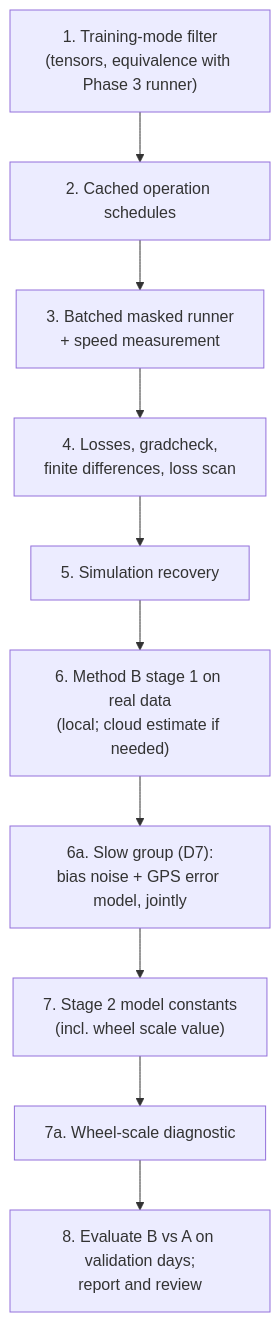
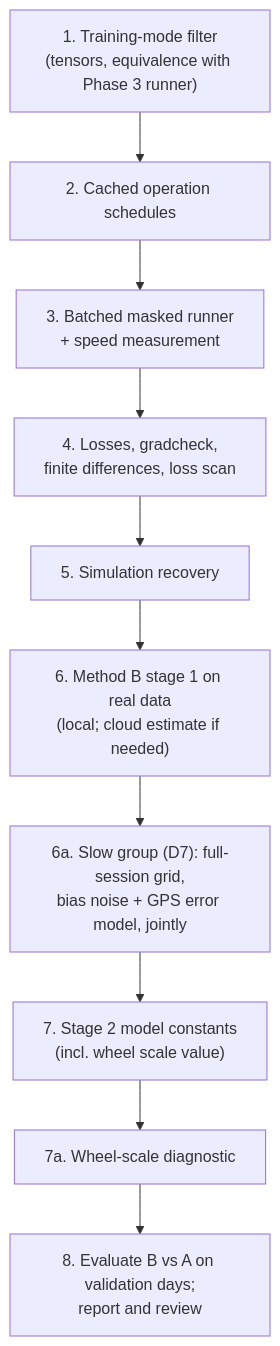
Before and after one commit to JustMohsen/learning-assisted-state-estimation: the diagram in plans/PHASE_4_TRAINING.md, drawn with Mermaid. The commit also changed other lines of this file, not shown here.

Commit message:
Phase 4 plan: D7 agreed (slow parameters via full-session grid); starting grid

````diff
--- a/plans/PHASE_4_TRAINING.md
+++ b/plans/PHASE_4_TRAINING.md
@@ -152,12 +163,12 @@
 ```mermaid
 flowchart TD
     W1["1. Training-mode filter<br/>(tensors, equivalence with Phase 3 runner)"] --> W2["2. Cached operation schedules"]
     W2 --> W3["3. Batched masked runner<br/>+ speed measurement"]
     W3 --> W4["4. Losses, gradcheck,<br/>finite differences, loss scan"]
     W4 --> W5["5. Simulation recovery"]
     W5 --> W6["6. Method B stage 1 on real data<br/>(local; cloud estimate if needed)"]
-    W6 --> W6a["6a. Slow group (D7):<br/>bias noise + GPS error model, jointly"]
+    W6 --> W6a["6a. Slow group (D7): full-session grid,<br/>bias noise + GPS error model, jointly"]
     W6a --> W7["7. Stage 2 model constants<br/>(incl. wheel scale value)"]
     W7 --> W7a["7a. Wheel-scale diagnostic"]
     W7a --> W8["8. Evaluate B vs A on validation days;<br/>report and review"]
 ```
````
